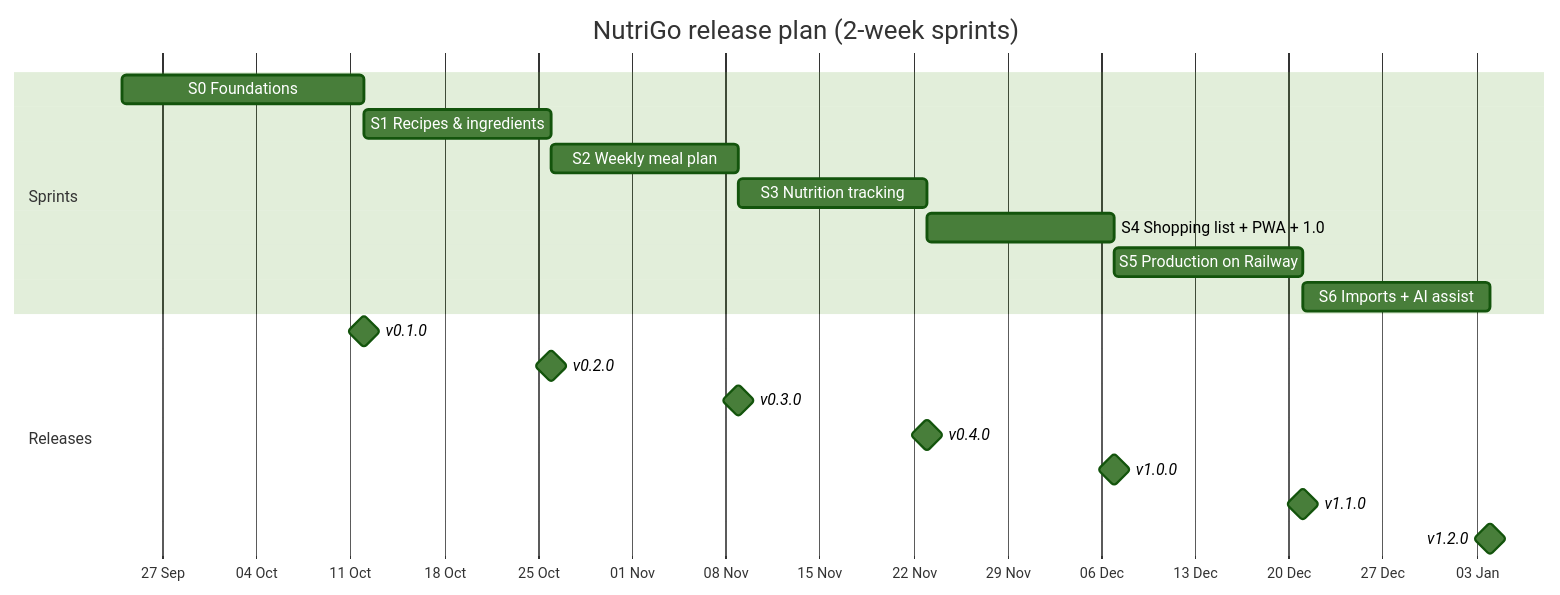
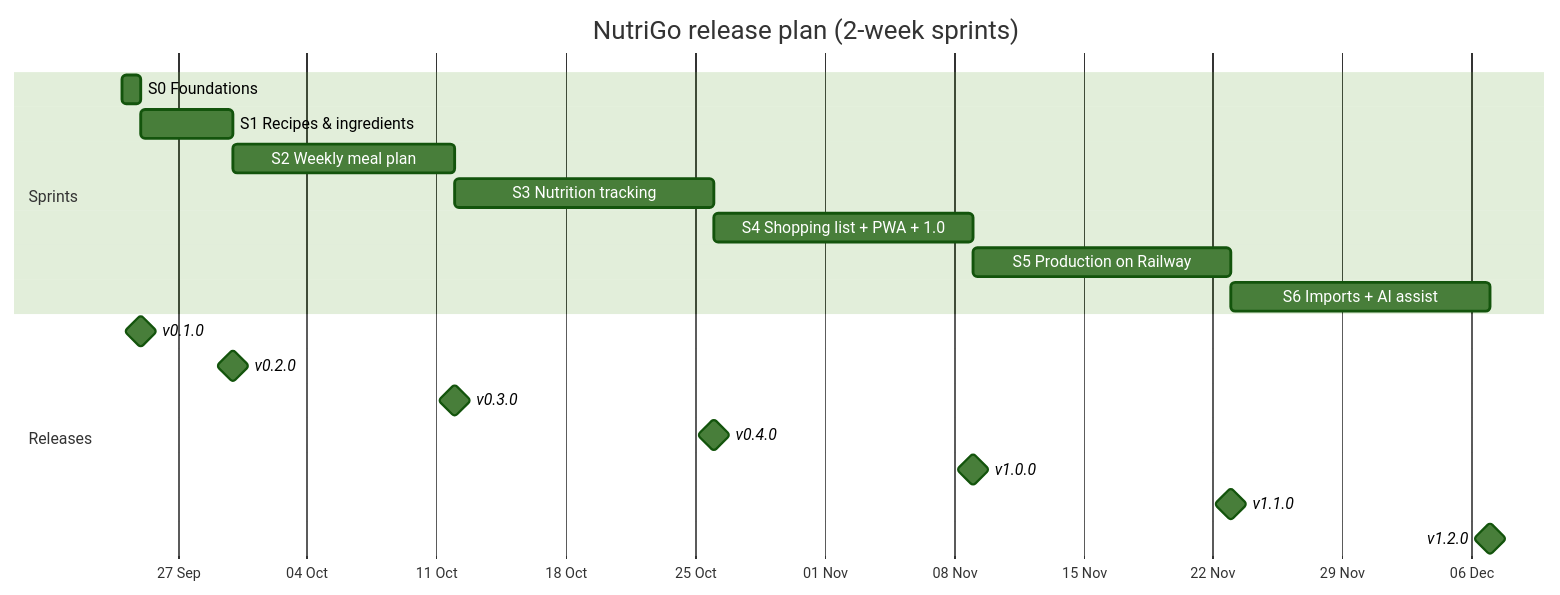
Before and after one commit to micheltsarasoa/nutrigo: the first of 2 diagrams in docs/roadmap.md, drawn with Mermaid (forest theme). The commit also changed other lines of this file and 2 other files, not shown here.

Commit message:
docs: close S1 early and start S2 on 30 Sep (#165)
Closes #

**What:** S0 and S1 finished early, so the roadmap gantt and milestones
move: S2 runs 30 Sep–11 Oct and later sprints keep Monday starts. S1
retro actions: a DoD line to tick every done-when, and /sprint-plan
orders release-gating tasks first.
**Tested:** n/a (docs)

- [x] DoD met: tests first, CI green, tokens only, `design-approved`
(UI), `/ponytail-review`, docs updated, no secrets / logging lib / auth
code

````diff
--- a/docs/roadmap.md
+++ b/docs/roadmap.md
@@ -5,22 +5,22 @@
 ```mermaid
 gantt
     title NutriGo release plan (2-week sprints)
     dateFormat YYYY-MM-DD
     axisFormat %d %b
     section Sprints
-    S0 Foundations            :s0, 2026-09-24, 18d
-    S1 Recipes & ingredients  :s1, after s0, 14d
-    S2 Weekly meal plan       :s2, after s1, 14d
+    S0 Foundations            :s0, 2026-09-24, 1d
+    S1 Recipes & ingredients  :s1, 2026-09-25, 5d
+    S2 Weekly meal plan       :s2, 2026-09-30, 12d
     S3 Nutrition tracking     :s3, after s2, 14d
     S4 Shopping list + PWA + 1.0 :s4, after s3, 14d
     S5 Production on Railway  :s5, after s4, 14d
     S6 Imports + AI assist    :s6, after s5, 14d
     section Releases
     v0.1.0 :milestone, after s0, 0d
     v0.2.0 :milestone, after s1, 0d
     v0.3.0 :milestone, after s2, 0d
     v0.4.0 :milestone, after s3, 0d
     v1.0.0 :milestone, after s4, 0d
     v1.1.0 :milestone, after s5, 0d
     v1.2.0 :milestone, after s6, 0d
 ```
````
